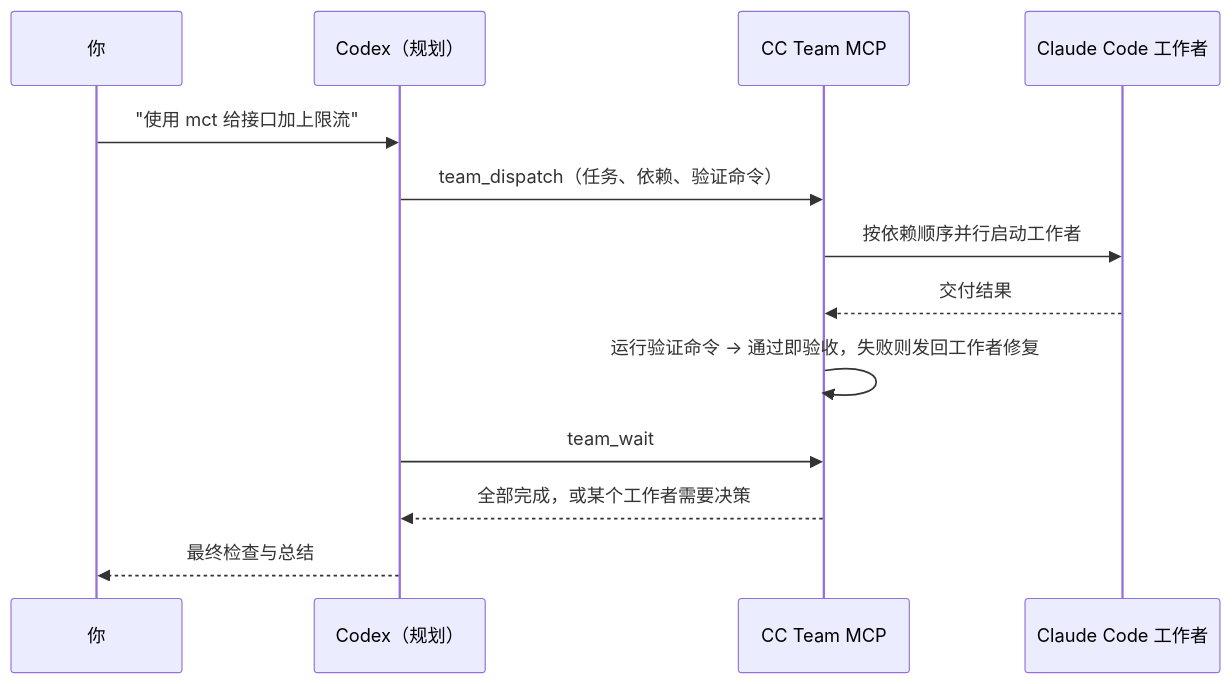
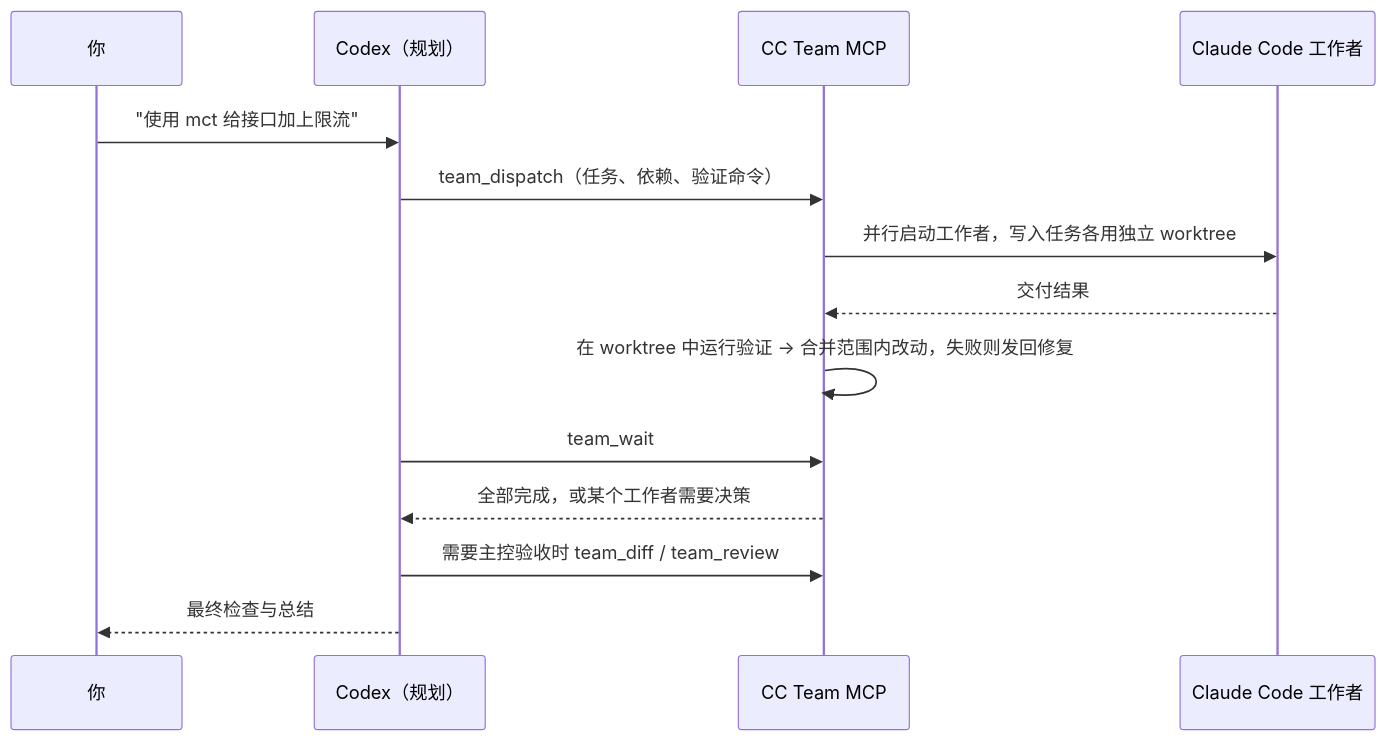
Before and after one commit to lboverfys/mcp-cccx-together: the diagram in README.zh-CN.md, drawn with Mermaid. The commit also changed other lines of this file and 33 other files, not shown here.

````diff
--- a/README.zh-CN.md
+++ b/README.zh-CN.md
@@ -31,15 +38,16 @@
 ```mermaid
 sequenceDiagram
     participant You as 你
     participant Codex as Codex（规划）
     participant MCP as CC Team MCP
     participant CC as Claude Code 工作者
     You->>Codex: "使用 mct 给接口加上限流"
     Codex->>MCP: team_dispatch（任务、依赖、验证命令）
-    MCP->>CC: 按依赖顺序并行启动工作者
+    MCP->>CC: 并行启动工作者，写入任务各用独立 worktree
     CC-->>MCP: 交付结果
-    MCP->>MCP: 运行验证命令 → 通过即验收，失败则发回工作者修复
+    MCP->>MCP: 在 worktree 中运行验证 → 合并范围内改动，失败则发回修复
     Codex->>MCP: team_wait
     MCP-->>Codex: 全部完成，或某个工作者需要决策
+    Codex->>MCP: 需要主控验收时 team_diff / team_review
     Codex-->>You: 最终检查与总结
 ```
````
